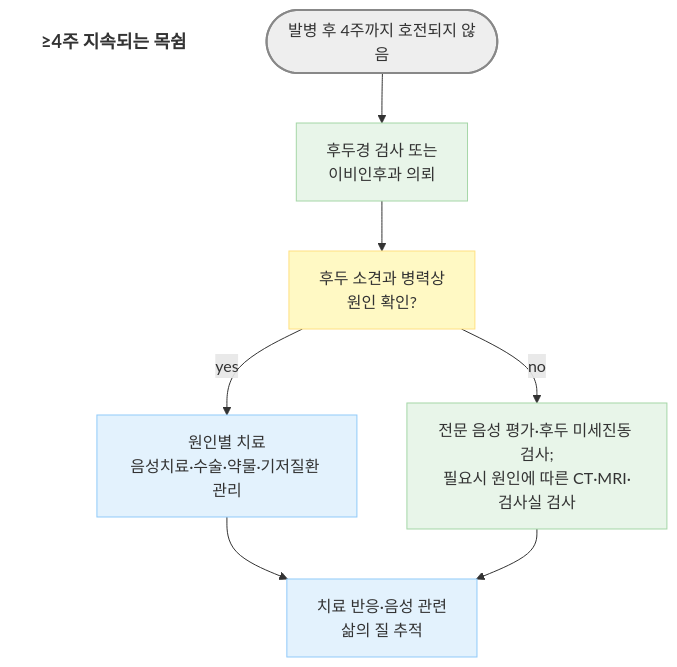
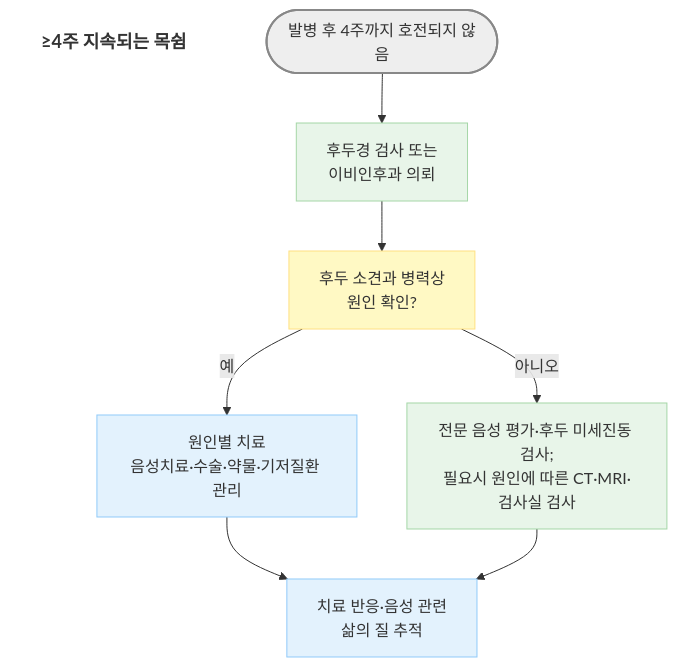
Before and after one commit to familyoh77/familyoh77: the second of 2 diagrams in 222_/058_-hoarseness.md, drawn with Mermaid. The commit also changed other lines of this file, not shown here.

````diff
--- a/222_/058_-hoarseness.md
+++ b/222_/058_-hoarseness.md
@@ -150,23 +150,23 @@
 ```mermaid
 graph TD
     Title["<b>≥4주 지속되는 목쉼</b>"]
     style Title fill:none,stroke:none,font-size:18px
 
     Start(["발병 후 4주까지 호전되지 않음"])
     Start --> L["후두경 검사 또는<br/>이비인후과 의뢰"]
     L --> Q["후두 소견과 병력상<br/>원인 확인?"]
-    Q -- yes --> T["원인별 치료<br/>음성치료·수술·약물·기저질환 관리"]
-    Q -- no --> W["전문 음성 평가·후두 미세진동 검사;<br/>필요시 원인에 따른 CT·MRI·검사실 검사"]
+    Q -- 예 --> T["원인별 치료<br/>음성치료·수술·약물·기저질환 관리"]
+    Q -- 아니오 --> W["전문 음성 평가·후두 미세진동 검사;<br/>필요시 원인에 따른 CT·MRI·검사실 검사"]
     T --> F["치료 반응·음성 관련<br/>삶의 질 추적"]
     W --> F
 
     classDef start fill:#eeeeee,stroke:#888888,stroke-width:2px;
     classDef question fill:#fff9c4,stroke:#ffe082;
     classDef blue fill:#E3F2FD,stroke:#90CAF9;
     classDef green fill:#E8F5E9,stroke:#A5D6A7;
 
     class Start start;
     class Q question;
     class T,F blue;
     class L,W green;
 ```
````
